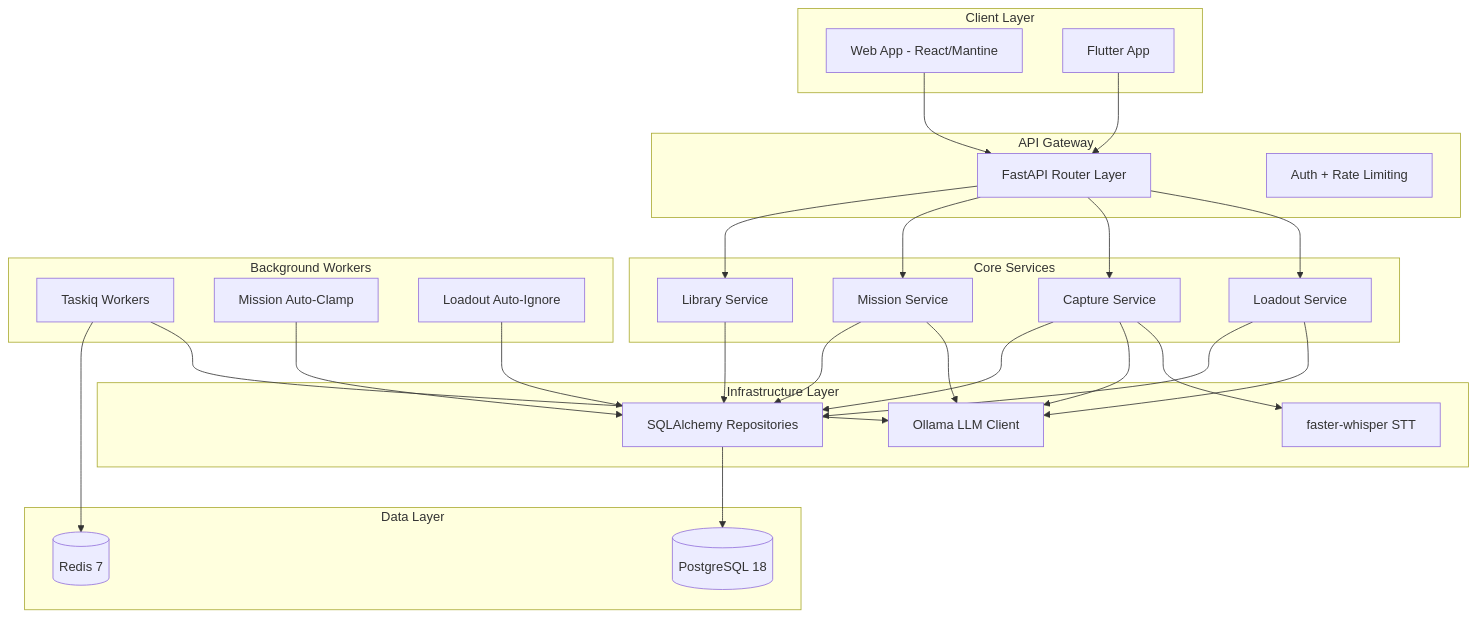
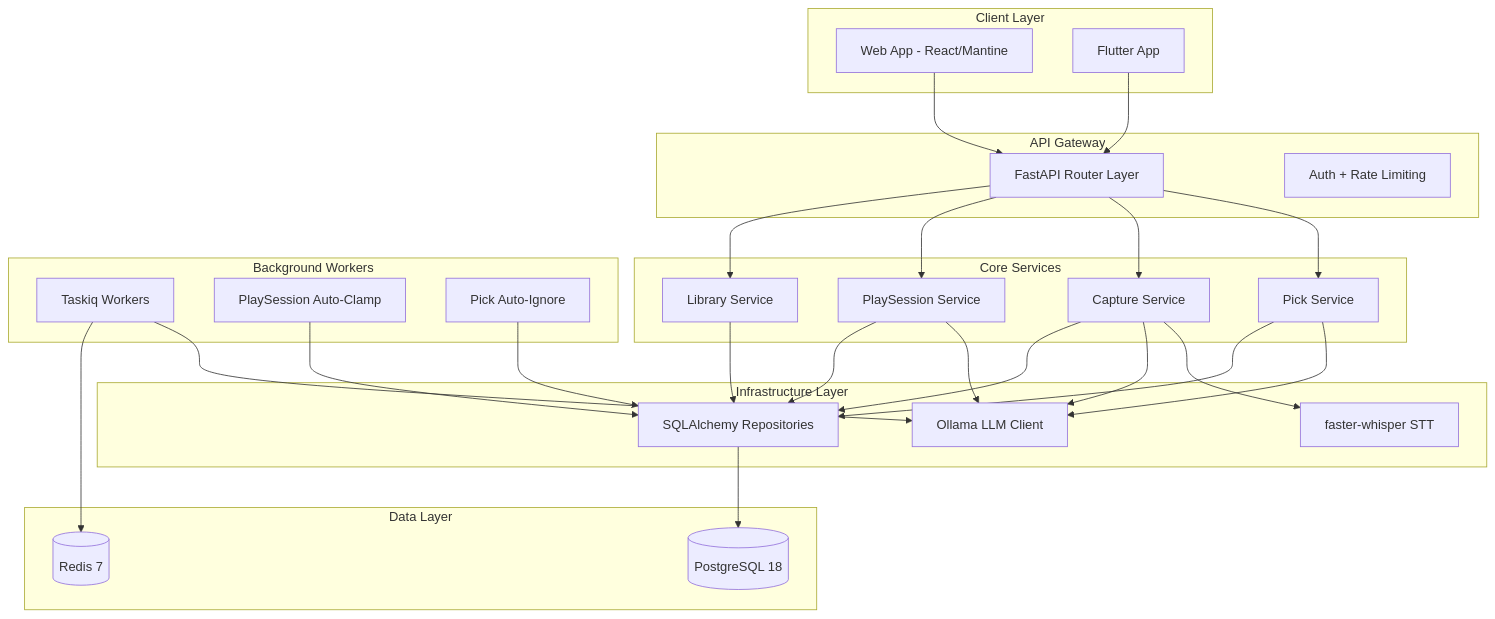
Before and after one commit to ranonbezerra/dailyloadout-monorepo: the diagram in .claude/agents/sparc/architecture.md, drawn with Mermaid. The commit also changed other lines of this file and 805 other files, not shown here.

First line of the commit message:
refactor: DailyLoadout → Slate, controller mark, and loadout → Pick (#54)

````diff
--- a/.claude/agents/sparc/architecture.md
+++ b/.claude/agents/sparc/architecture.md
@@ -273,59 +273,59 @@
 ```mermaid
 graph TB
     subgraph "Client Layer"
         WEB[Web App - React/Mantine]
         APP[Flutter App]
     end
 
     subgraph "API Gateway"
         FASTAPI[FastAPI Router Layer]
         MIDDLEWARE[Auth + Rate Limiting]
     end
 
     subgraph "Core Services"
         LIBRARY_SVC[Library Service]
-        MISSION_SVC[Mission Service]
+        PLAY_SESSION_SVC[PlaySession Service]
         CAPTURE_SVC[Capture Service]
-        LOADOUT_SVC[Loadout Service]
+        PICK_SVC[Pick Service]
     end
 
     subgraph "Infrastructure Layer"
         REPO[SQLAlchemy Repositories]
         LLM[Ollama LLM Client]
         STT[faster-whisper STT]
     end
 
     subgraph "Data Layer"
         POSTGRES[(PostgreSQL 18)]
         REDIS[(Redis 7)]
     end
 
     subgraph "Background Workers"
         TASKIQ[Taskiq Workers]
-        AUTO_CLAMP[Mission Auto-Clamp]
-        AUTO_IGNORE[Loadout Auto-Ignore]
+        AUTO_CLAMP[PlaySession Auto-Clamp]
+        AUTO_IGNORE[Pick Auto-Ignore]
     end
 
     WEB --> FASTAPI
     APP --> FASTAPI
 
     FASTAPI --> LIBRARY_SVC
-    FASTAPI --> MISSION_SVC
+    FASTAPI --> PLAY_SESSION_SVC
     FASTAPI --> CAPTURE_SVC
-    FASTAPI --> LOADOUT_SVC
+    FASTAPI --> PICK_SVC
 
     LIBRARY_SVC --> REPO
-    MISSION_SVC --> REPO
-    MISSION_SVC --> LLM
+    PLAY_SESSION_SVC --> REPO
+    PLAY_SESSION_SVC --> LLM
     CAPTURE_SVC --> REPO
     CAPTURE_SVC --> LLM
     CAPTURE_SVC --> STT
-    LOADOUT_SVC --> REPO
-    LOADOUT_SVC --> LLM
+    PICK_SVC --> REPO
+    PICK_SVC --> LLM
 
     REPO --> POSTGRES
     TASKIQ --> REDIS
     TASKIQ --> LLM
     AUTO_CLAMP --> REPO
     AUTO_IGNORE --> REPO
 ```
````
